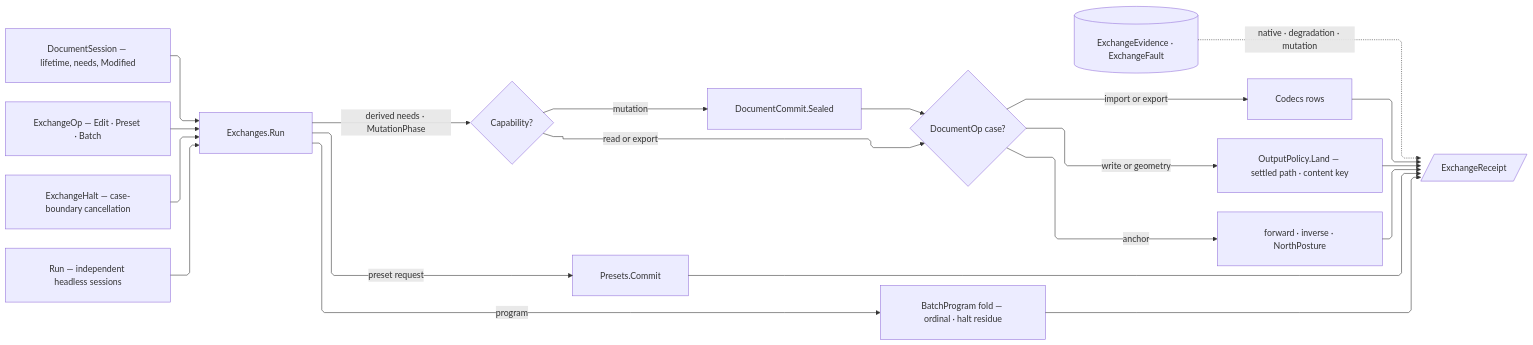
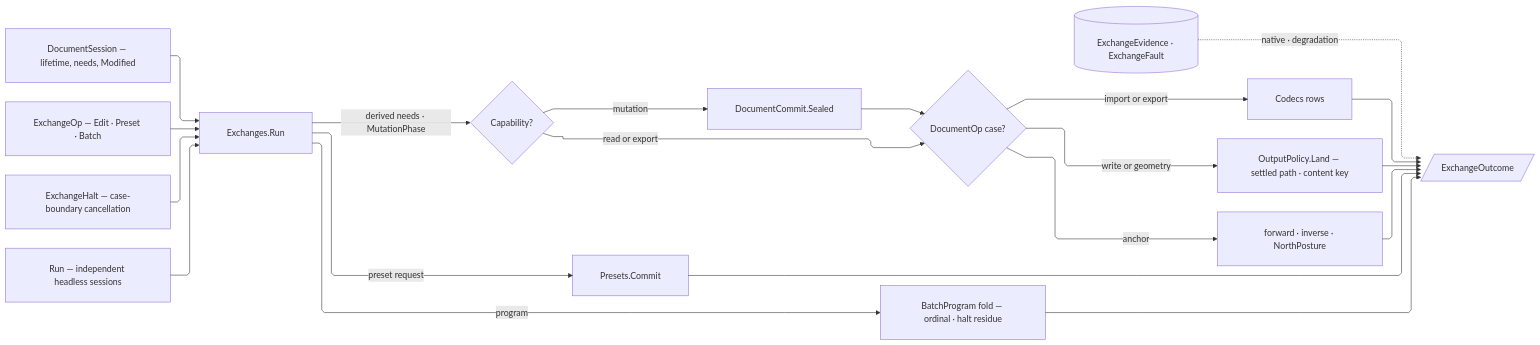
The diagram in libs/dotnet/Rasm.Rhino/.planning/Exchange/operations.md (bsamiee/Rasm), drawn with Mermaid before and after one commit. The commit also changed other lines of this file and 1417 other files, not shown here.

````diff
--- a/libs/dotnet/Rasm.Rhino/.planning/Exchange/operations.md
+++ b/libs/dotnet/Rasm.Rhino/.planning/Exchange/operations.md
@@ -1235,31 +1216,31 @@
 ```mermaid
 ---
 config:
   layout: elk
   flowchart:
     curve: linear
     padding: 25
 ---
 flowchart LR
     accTitle: Rhino exchange transaction rail
-    accDescr: One session-proved exchange request dispatches through host operation families into one detached receipt, while the halt gates entry between rows and typed evidence records native, degradation, and mutation outcomes.
+    accDescr: One session-proved exchange request dispatches through host operation families into one detached outcome, while the halt gates entry between rows and typed evidence records native and degradation outcomes.
     Session["DocumentSession — lifetime, needs, Modified"] --> Entry["Exchanges.Run"]
     Request["ExchangeOp — Edit · Preset · Batch"] --> Entry
     Halt["ExchangeHalt — case-boundary cancellation"] --> Entry
     Entry -->|"derived needs · MutationPhase"| Demand{"Capability?"}
     Demand -->|"read or export"| Dispatch{"DocumentOp case?"}
     Demand -->|"mutation"| Undo["DocumentCommit.Sealed"]
     Undo --> Dispatch
     Dispatch -->|"import or export"| Matrix["Codecs rows"]
     Dispatch -->|"write or geometry"| Output["OutputPolicy.Land — settled path · content key"]
     Entry -->|"preset request"| Tables["Presets.Commit"]
     Entry -->|"program"| Batch["BatchProgram fold — ordinal · halt residue"]
     Dispatch -->|"anchor"| Geo["forward · inverse · NorthPosture"]
-    Matrix --> Receipt[/ExchangeReceipt/]
-    Output --> Receipt
-    Tables --> Receipt
-    Batch --> Receipt
-    Geo --> Receipt
-    Evidence[(ExchangeEvidence · ExchangeFault)] -.->|"native · degradation · mutation"| Receipt
+    Matrix --> Outcome[/ExchangeOutcome/]
+    Output --> Outcome
+    Tables --> Outcome
+    Batch --> Outcome
+    Geo --> Outcome
+    Evidence[(ExchangeEvidence · ExchangeFault)] -.->|"native · degradation"| Outcome
     Convert["Run — independent headless sessions"] --> Entry
 ```
````
